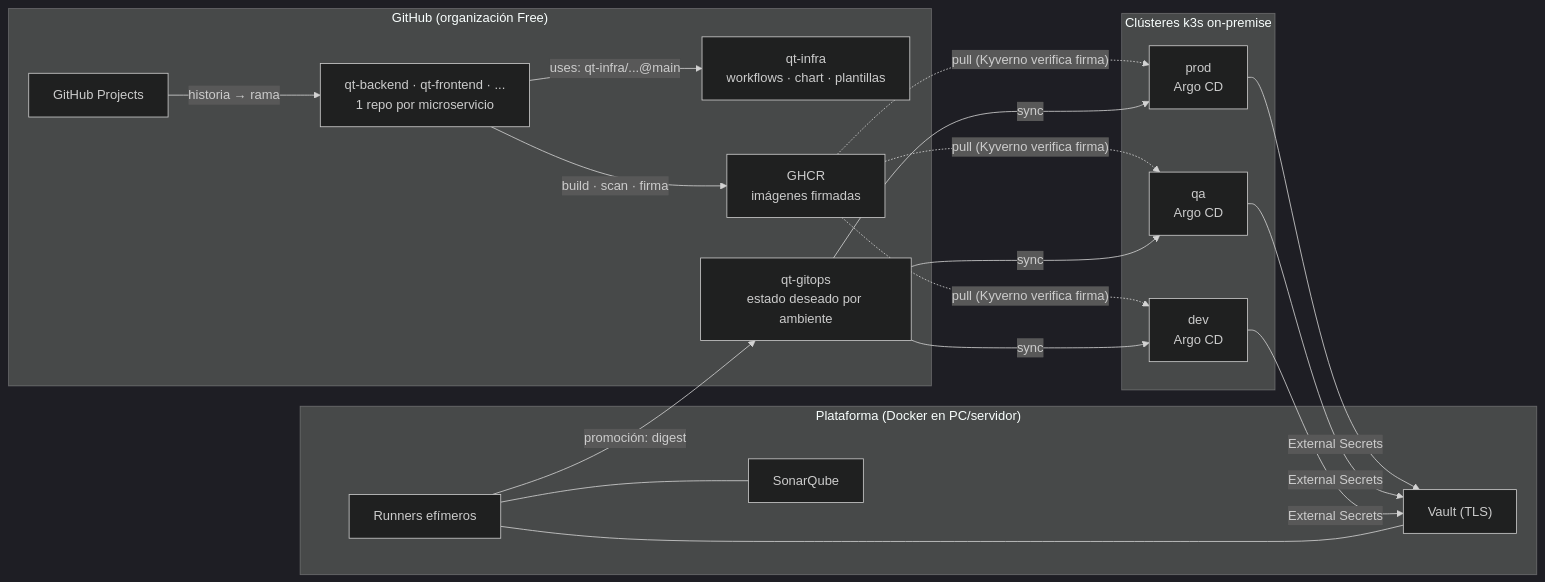
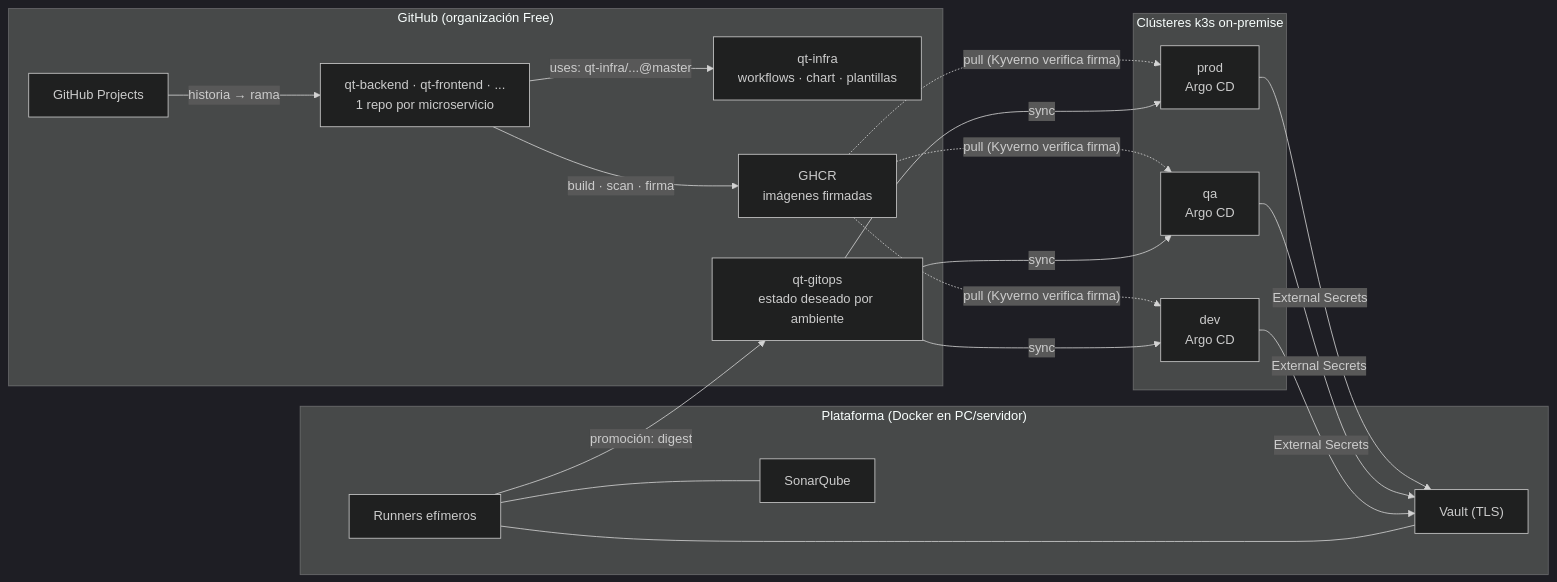
One commit to QuantumTechPE/qt-infra changed the diagram in README.md. Above: the diagram before and after it, drawn with Mermaid (dark theme). The commit also changed other lines of this file and 48 other files, not shown here.

````diff
--- a/README.md
+++ b/README.md
@@ -28,28 +28,28 @@
 ```mermaid
 flowchart LR
   subgraph GH["GitHub (organización Free)"]
     INFRA["qt-infra<br/>workflows · chart · plantillas"]
     SVC["qt-backend · qt-frontend · ...<br/>1 repo por microservicio"]
     GITOPS["qt-gitops<br/>estado deseado por ambiente"]
     GHCR["GHCR<br/>imágenes firmadas"]
     BOARD["GitHub Projects"]
   end
   subgraph PLAT["Plataforma (Docker en PC/servidor)"]
     V["Vault (TLS)"]
     S["SonarQube"]
     R["Runners efímeros"]
   end
   subgraph K["Clústeres k3s on-premise"]
     DEV["dev<br/>Argo CD"]
     QA["qa<br/>Argo CD"]
     PROD["prod<br/>Argo CD"]
   end
   BOARD -- "historia → rama" --> SVC
-  SVC -- "uses: qt-infra/...@main" --> INFRA
+  SVC -- "uses: qt-infra/...@master" --> INFRA
   SVC -- "build · scan · firma" --> GHCR
   R -- "promoción: digest" --> GITOPS
   R --- V & S
   GITOPS -- "sync" --> DEV & QA & PROD
   DEV & QA & PROD -- "External Secrets" --> V
   GHCR -. "pull (Kyverno verifica firma)" .-> DEV & QA & PROD
 ```
````
